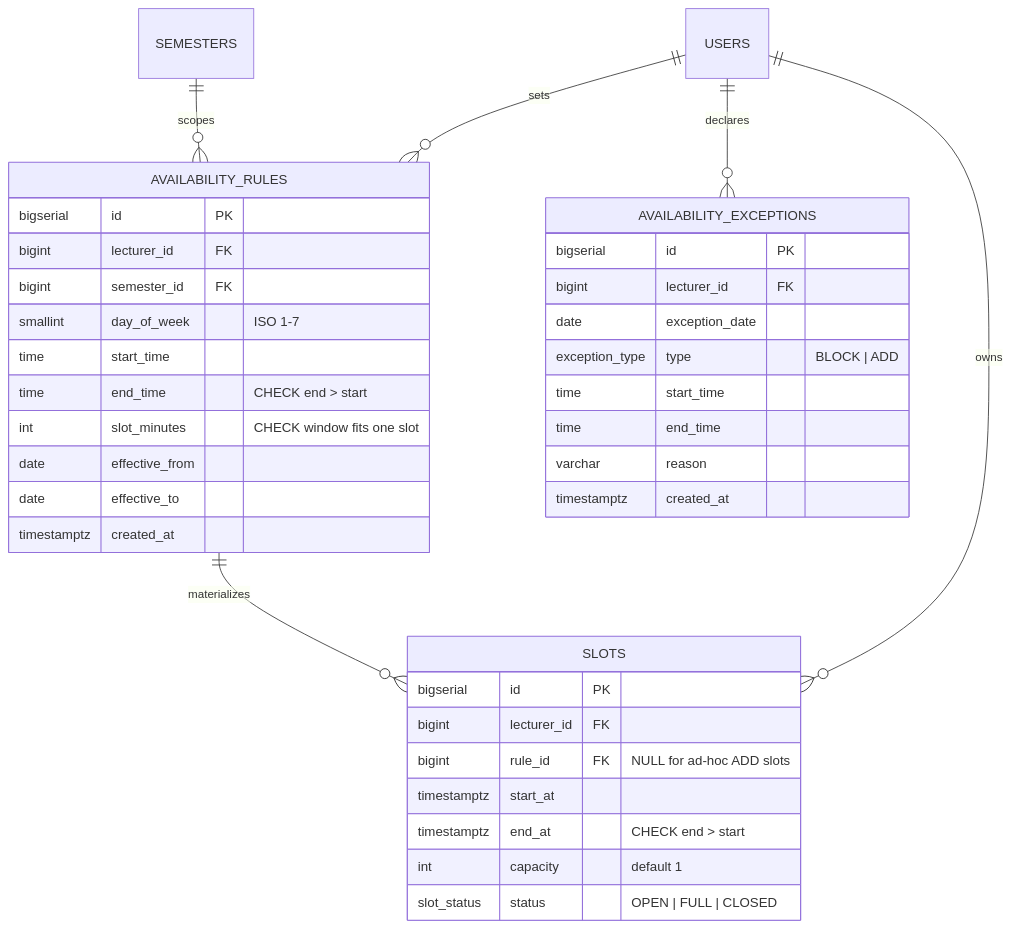
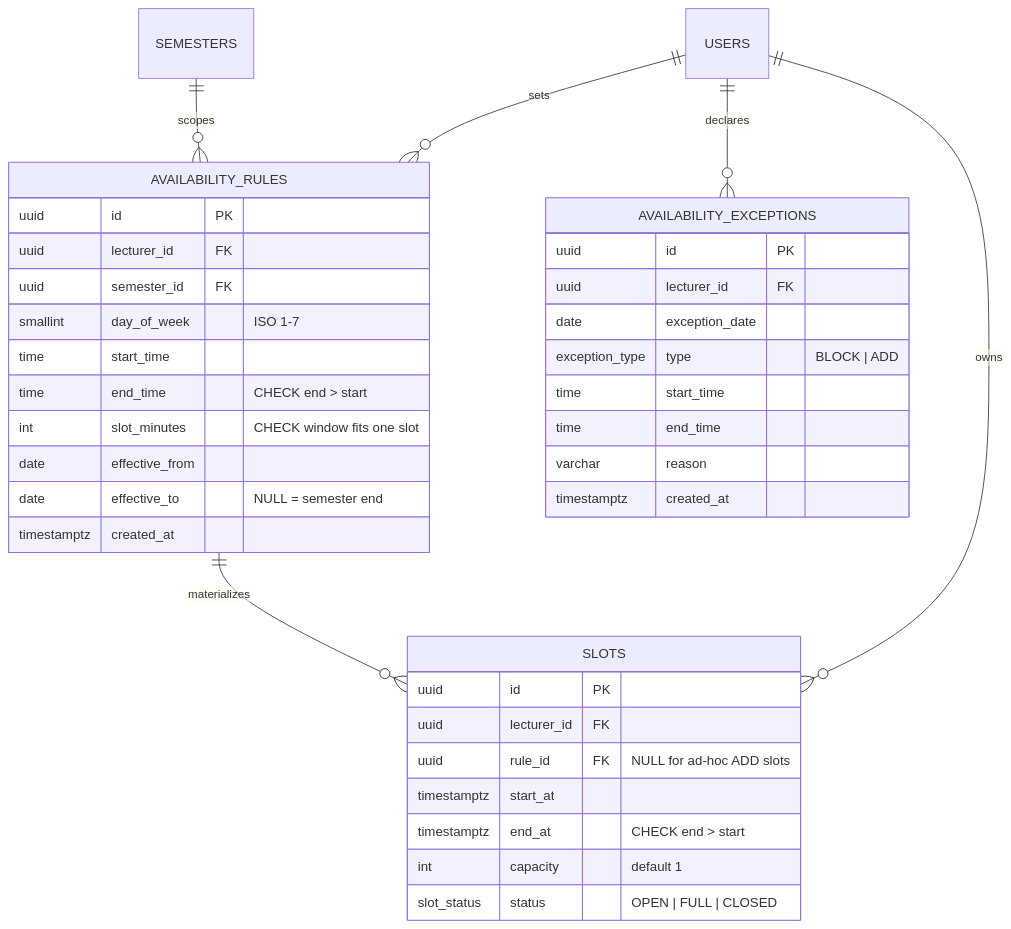
The third of 6 diagrams in docs/DB-SCHEMA-PROTOTYPE.md (thien-0408/office-hours), drawn with Mermaid before and after one commit. The commit also changed other lines of this file and 10 other files, not shown here.

````diff
--- a/docs/DB-SCHEMA-PROTOTYPE.md
+++ b/docs/DB-SCHEMA-PROTOTYPE.md
@@ -104,39 +117,39 @@
 ```mermaid
 erDiagram
     AVAILABILITY_RULES {
-        bigserial id PK
-        bigint lecturer_id FK
-        bigint semester_id FK
+        uuid id PK
+        uuid lecturer_id FK
+        uuid semester_id FK
         smallint day_of_week "ISO 1-7"
         time start_time
         time end_time "CHECK end > start"
         int slot_minutes "CHECK window fits one slot"
         date effective_from
-        date effective_to
+        date effective_to "NULL = semester end"
         timestamptz created_at
     }
     AVAILABILITY_EXCEPTIONS {
-        bigserial id PK
-        bigint lecturer_id FK
+        uuid id PK
+        uuid lecturer_id FK
         date exception_date
         exception_type type "BLOCK | ADD"
         time start_time
         time end_time
         varchar reason
         timestamptz created_at
     }
     SLOTS {
-        bigserial id PK
-        bigint lecturer_id FK
-        bigint rule_id FK "NULL for ad-hoc ADD slots"
+        uuid id PK
+        uuid lecturer_id FK
+        uuid rule_id FK "NULL for ad-hoc ADD slots"
         timestamptz start_at
         timestamptz end_at "CHECK end > start"
         int capacity "default 1"
         slot_status status "OPEN | FULL | CLOSED"
     }
     USERS ||--o{ AVAILABILITY_RULES : sets
     SEMESTERS ||--o{ AVAILABILITY_RULES : scopes
     USERS ||--o{ AVAILABILITY_EXCEPTIONS : declares
     AVAILABILITY_RULES ||--o{ SLOTS : materializes
     USERS ||--o{ SLOTS : owns
 ```
````
